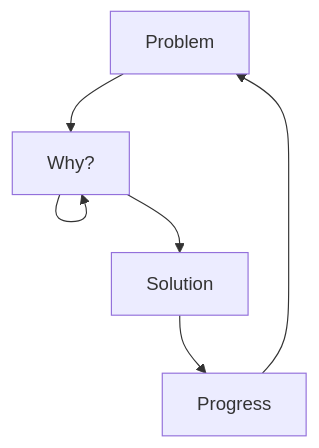
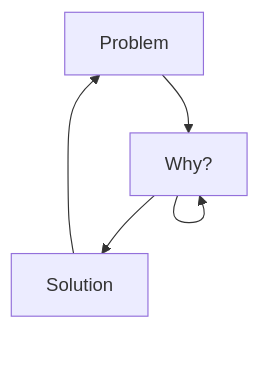
One commit to Jerome-Spaeter/Jerome-Spaeter changed the diagram in README.md. Above: the diagram before and after it, drawn with Mermaid.

````diff
--- a/README.md
+++ b/README.md
@@ -40,9 +40,7 @@
 ```mermaid
   graph TD;
       Problem-->Why?;
       Why?-->Why?;
-      Why?-->Why?;
       Why?-->Solution;
-      Solution-->Progress;
-      Progress-->Problem;
+      Solution-->Problem;
 ```
````
